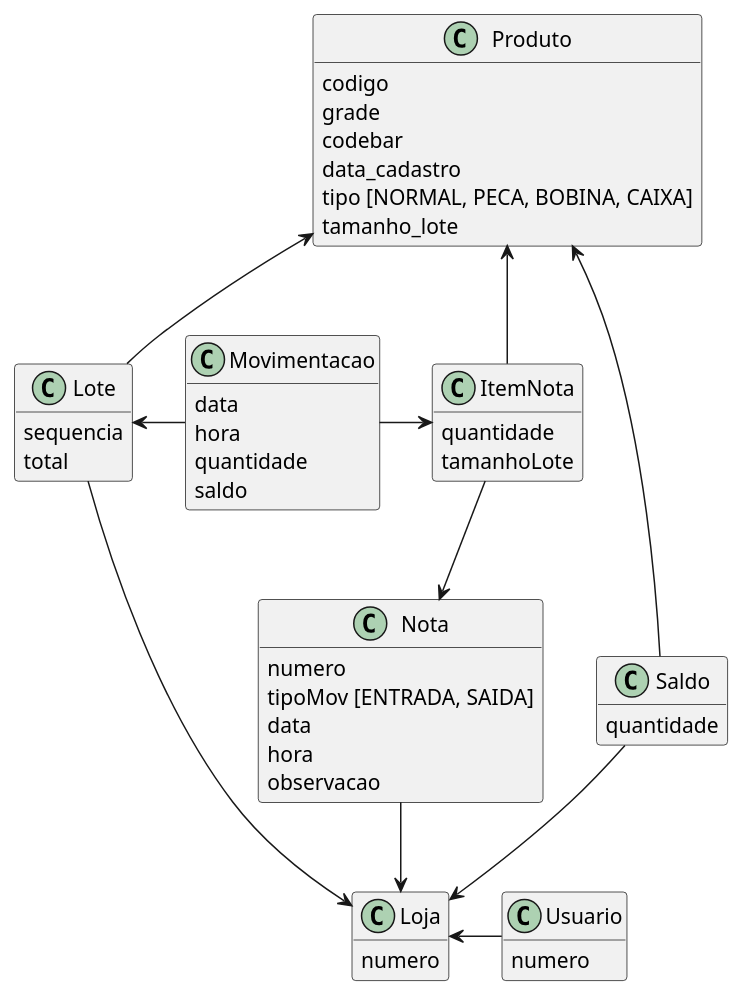
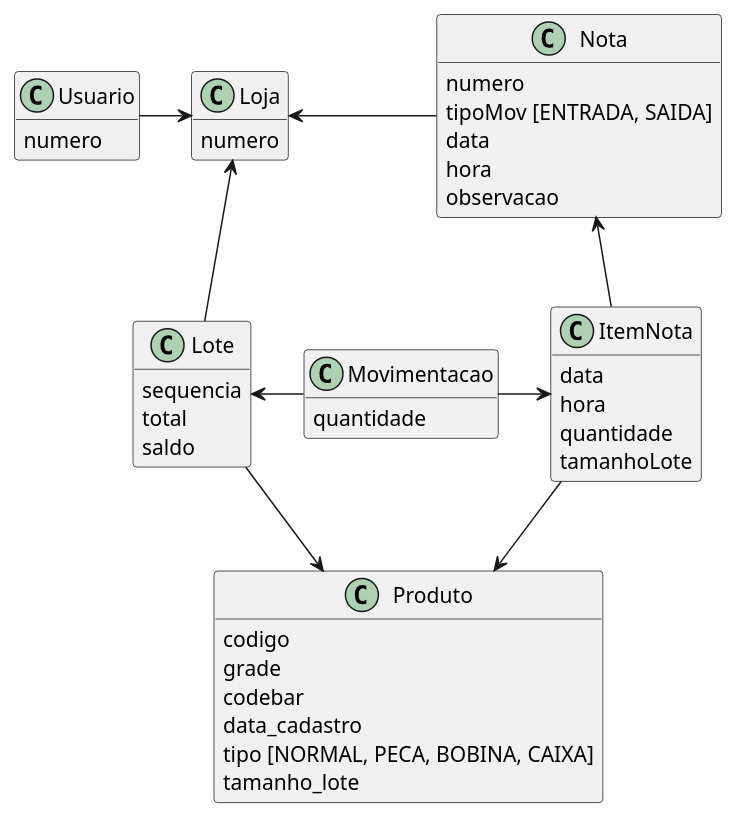
Before and after one commit to ivaneyvieira/engEstoque-Archive: the diagram in diagramas/modelo2.puml, drawn with PlantUML. The commit also changed 51 other files, not shown here.

Commit message:
Ajuste nos diagramas de modelo de dados

```diff
--- a/diagramas/modelo2.puml
+++ b/diagramas/modelo2.puml
@@ -1,60 +1,55 @@
 @startuml modelo
 hide methods
 
 class Produto{
 	codigo
 	grade
 	codebar
 	data_cadastro
 	tipo [NORMAL, PECA, BOBINA, CAIXA]
 	tamanho_lote
 }
 
 class ItemNota{
+	data
+	hora
 	quantidade
 	tamanhoLote
 }
 
 class Nota {
 	numero
 	tipoMov [ENTRADA, SAIDA]
 	data
 	hora
 	observacao
 }
 
 class Lote {
 	sequencia
 	total
+	saldo
 }
 
 class Movimentacao {
-	data
-	hora
 	quantidade
-	saldo
 }
 
 class Loja {
 	numero
 }
 
 class Usuario {
 	numero
 }
 
-class Saldo {
-	quantidade
-}
 
-ItemNota	-d->	Nota
-ItemNota	-u->	Produto
-Lote		-u->	Produto
-Lote		-->	Loja
+ItemNota	-u->	Nota
+ItemNota	-->	Produto
+Lote		-->	Produto
+Lote		-u->	Loja
 Movimentacao	-l->	Lote
 Movimentacao	-r->	ItemNota
-Nota		-->	Loja
-Usuario		-l->	Loja
-Saldo		-u->	Produto
-Saldo		-r->	Loja
+Nota		-l->	Loja
+Usuario		-r->	Loja
 @enduml
```
